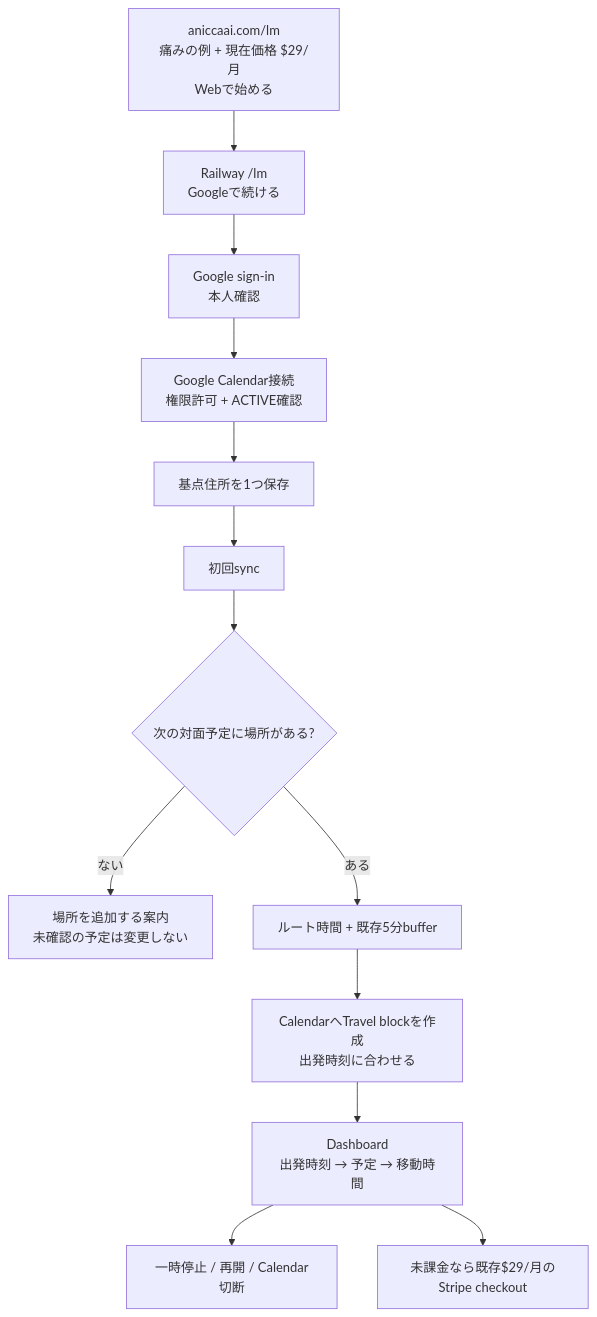
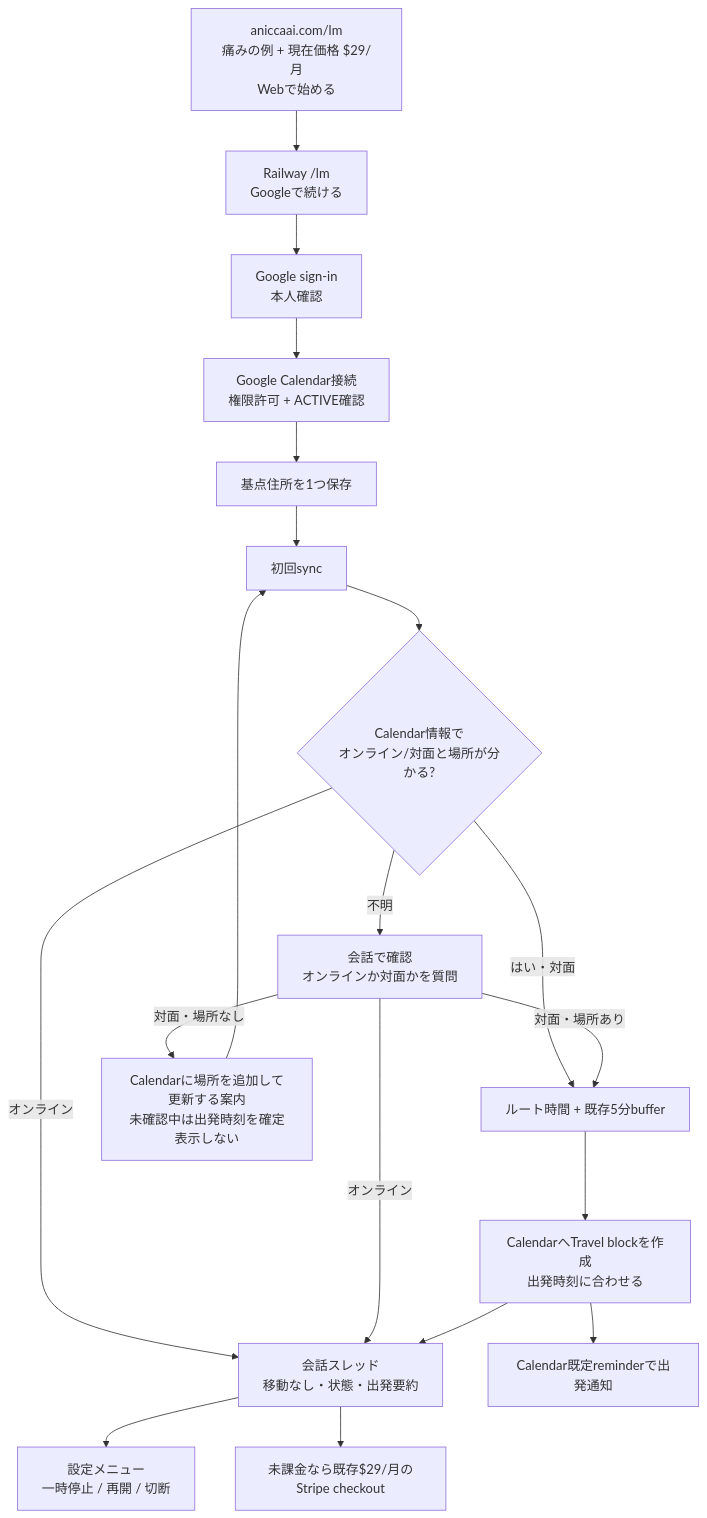
One commit to Daisuke134/life-manager changed the diagram in docs/superpowers/specs/2026-10-06-life-manager-web-first-travel-design.md. Above: the diagram before and after it, drawn with Mermaid. The commit also changed other lines of this file and 1 other file, not shown here.

````diff
--- a/docs/superpowers/specs/2026-10-06-life-manager-web-first-travel-design.md
+++ b/docs/superpowers/specs/2026-10-06-life-manager-web-first-travel-design.md
@@ -80,15 +85,21 @@
 ```mermaid
 flowchart TD
     A[aniccaai.com/lm<br/>痛みの例 + 現在価格 $29/月<br/>Webで始める] --> B[Railway /lm<br/>Googleで続ける]
     B --> C[Google sign-in<br/>本人確認]
     C --> D[Google Calendar接続<br/>権限許可 + ACTIVE確認]
     D --> E[基点住所を1つ保存]
     E --> F[初回sync]
-    F --> G{次の対面予定に場所がある?}
-    G -- ない --> H[場所を追加する案内<br/>未確認の予定は変更しない]
-    G -- ある --> I[ルート時間 + 既存5分buffer]
+    F --> G{Calendar情報で<br/>オンライン/対面と場所が分かる?}
+    G -- はい・対面 --> I[ルート時間 + 既存5分buffer]
+    G -- オンライン --> K[会話スレッド<br/>移動なし・状態・出発要約]
+    G -- 不明 --> H[会話で確認<br/>オンラインか対面かを質問]
+    H -- オンライン --> K
+    H -- 対面・場所あり --> I
+    H -- 対面・場所なし --> H2[Calendarに場所を追加して更新する案内<br/>未確認中は出発時刻を確定表示しない]
+    H2 --> F
     I --> J[CalendarへTravel blockを作成<br/>出発時刻に合わせる]
-    J --> K[Dashboard<br/>出発時刻 → 予定 → 移動時間]
-    K --> L[一時停止 / 再開 / Calendar切断]
-    K --> M[未課金なら既存$29/月のStripe checkout]
+    J --> K
+    J --> L[Calendar既定reminderで出発通知]
+    K --> M[設定メニュー<br/>一時停止 / 再開 / 切断]
+    K --> N[未課金なら既存$29/月のStripe checkout]
 ```
````
